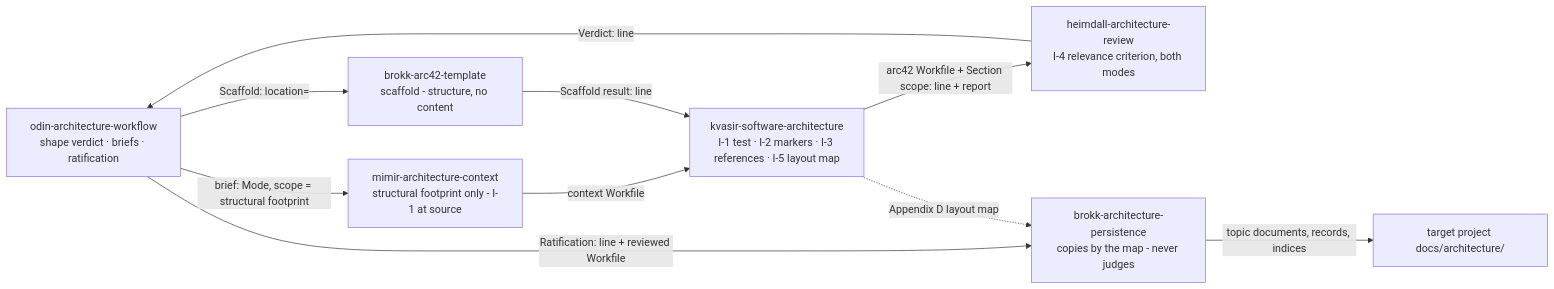
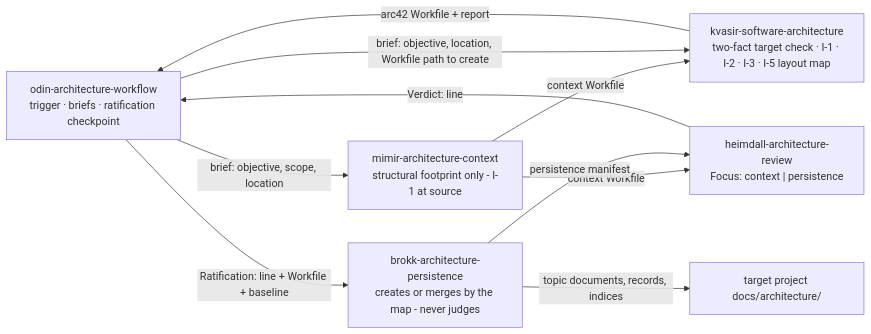
Before and after one commit to nstucki/yggdrasil: the diagram in docs/architecture/05-building-block-view/10-level-2.md, drawn with Mermaid. The commit also changed other lines of this file and 20 other files, not shown here.

Commit message:
docs: persist arc42 update delta for the mode-less Architecture workflow

````diff
--- a/docs/architecture/05-building-block-view/10-level-2.md
+++ b/docs/architecture/05-building-block-view/10-level-2.md
@@ -13,19 +13,18 @@
 ```mermaid
 flowchart LR
-    O["odin-architecture-workflow<br/>shape verdict · briefs · ratification"]
+    O["odin-architecture-workflow<br/>trigger · briefs · ratification checkpoint"]
     M["mimir-architecture-context<br/>structural footprint only - I-1 at source"]
-    T["brokk-arc42-template<br/>scaffold - structure, no content"]
-    K["kvasir-software-architecture<br/>I-1 test · I-2 markers · I-3 references · I-5 layout map"]
-    H["heimdall-architecture-review<br/>I-4 relevance criterion, both modes"]
-    P["brokk-architecture-persistence<br/>copies by the map - never judges"]
+    K["kvasir-software-architecture<br/>two-fact target check · I-1 · I-2 · I-3 · I-5 layout map"]
+    H["heimdall-architecture-review<br/>Focus: context | persistence"]
+    P["brokk-architecture-persistence<br/>creates or merges by the map - never judges"]
     R["target project docs/architecture/"]
-    O -- "brief: Mode, scope = structural footprint" --> M
+    O -- "brief: objective, scope, location" --> M
+    M -- "context Workfile" --> H
     M -- "context Workfile" --> K
-    O -- "Scaffold: location=" --> T
-    T -- "Scaffold result: line" --> K
-    K -- "arc42 Workfile + Section scope: line + report" --> H
+    O -- "brief: objective, location, Workfile path to create" --> K
+    K -- "arc42 Workfile + report" --> O
+    O -- "Ratification: line + Workfile + baseline" --> P
+    P -- "topic documents, records, indices" --> R
+    P -- "persistence manifest" --> H
     H -- "Verdict: line" --> O
-    O -- "Ratification: line + reviewed Workfile" --> P
-    K -. "Appendix D layout map" .-> P
-    P -- "topic documents, records, indices" --> R
 ```
````
